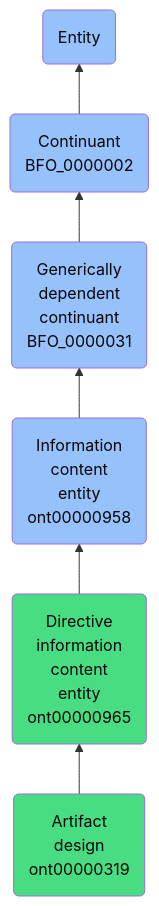
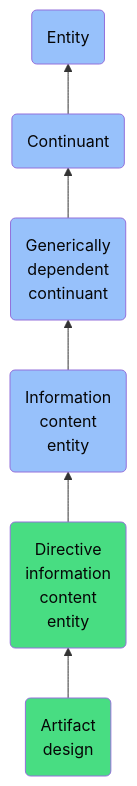
One commit to jupyter-naas/abi changed the diagram in docs/ontology/reference/model/Entity/Continuant/Generically dependent continuant/Information content entity/Directive information content entity/Artifact design/Artifact design.md. Above: the diagram before and after it, drawn with Mermaid. The commit also changed other lines of this file and 1430 other files, not shown here.

````diff
--- a/docs/ontology/reference/model/Entity/Continuant/Generically dependent continuant/Information content entity/Directive information content entity/Artifact design/Artifact design.md
+++ b/docs/ontology/reference/model/Entity/Continuant/Generically dependent continuant/Information content entity/Directive information content entity/Artifact design/Artifact design.md
@@ -24,13 +24,13 @@
 ```mermaid
 graph BT
-    ont00000319(Artifact<br>design<br>ont00000319):::ABI-->ont00000965
-    ont00000965(Directive<br>information<br>content<br>entity<br>ont00000965):::ABI-->ont00000958
-    ont00000958(Information<br>content<br>entity<br>ont00000958):::BFO-->BFO_0000031
-    BFO_0000031(Generically<br>dependent<br>continuant<br>BFO_0000031):::BFO-->BFO_0000002
-    BFO_0000002(Continuant<br>BFO_0000002):::BFO-->BFO_0000001
+    ont00000319(Artifact<br>design):::ABI-->ont00000965
+    ont00000965(Directive<br>information<br>content<br>entity):::ABI-->ont00000958
+    ont00000958(Information<br>content<br>entity):::BFO-->BFO_0000031
+    BFO_0000031(Generically<br>dependent<br>continuant):::BFO-->BFO_0000002
+    BFO_0000002(Continuant):::BFO-->BFO_0000001
     BFO_0000001(Entity):::BFO
     
     classDef BFO fill:#97c1fb,color:#060606
     classDef CCO fill:#e4c51e,color:#060606
     classDef ABI fill:#48DD82,color:#060606
 ```
````
